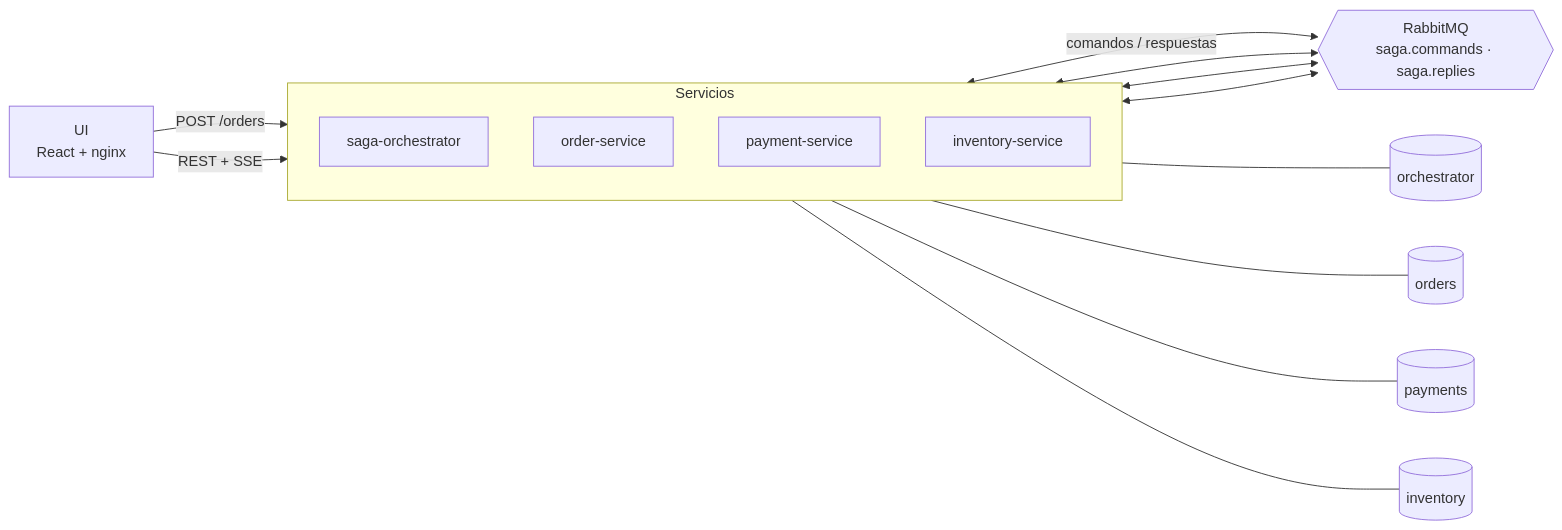
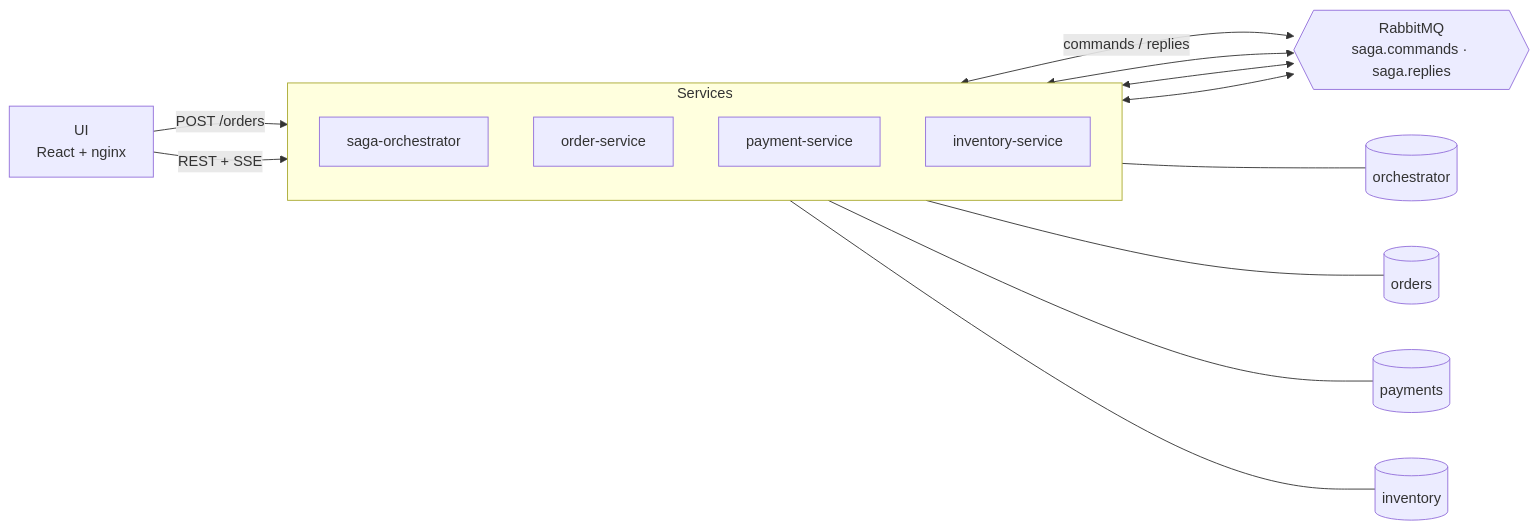
Before and after one commit to PatricioPoncini/saga-orchestration: the second of 2 diagrams in README.md, drawn with Mermaid. The commit also changed other lines of this file and 43 other files, not shown here.

````diff
--- a/README.md
+++ b/README.md
@@ -166,27 +166,27 @@
 ```mermaid
 flowchart LR
     UI["UI<br/>React + nginx"]
 
-    subgraph Servicios
+    subgraph Services
         direction TB
         ORCH["saga-orchestrator"]
         ORD["order-service"]
         PAY["payment-service"]
         INV["inventory-service"]
     end
 
     MQ{{"RabbitMQ<br/>saga.commands · saga.replies"}}
 
     UI -- "POST /orders" --> ORD
     UI -- "REST + SSE" --> ORCH
 
-    ORCH <-- "comandos / respuestas" --> MQ
+    ORCH <-- "commands / replies" --> MQ
     ORD <--> MQ
     PAY <--> MQ
     INV <--> MQ
 
     ORCH --- DBO[("orchestrator")]
     ORD --- DB1[("orders")]
     PAY --- DB2[("payments")]
     INV --- DB3[("inventory")]
 ```
````
